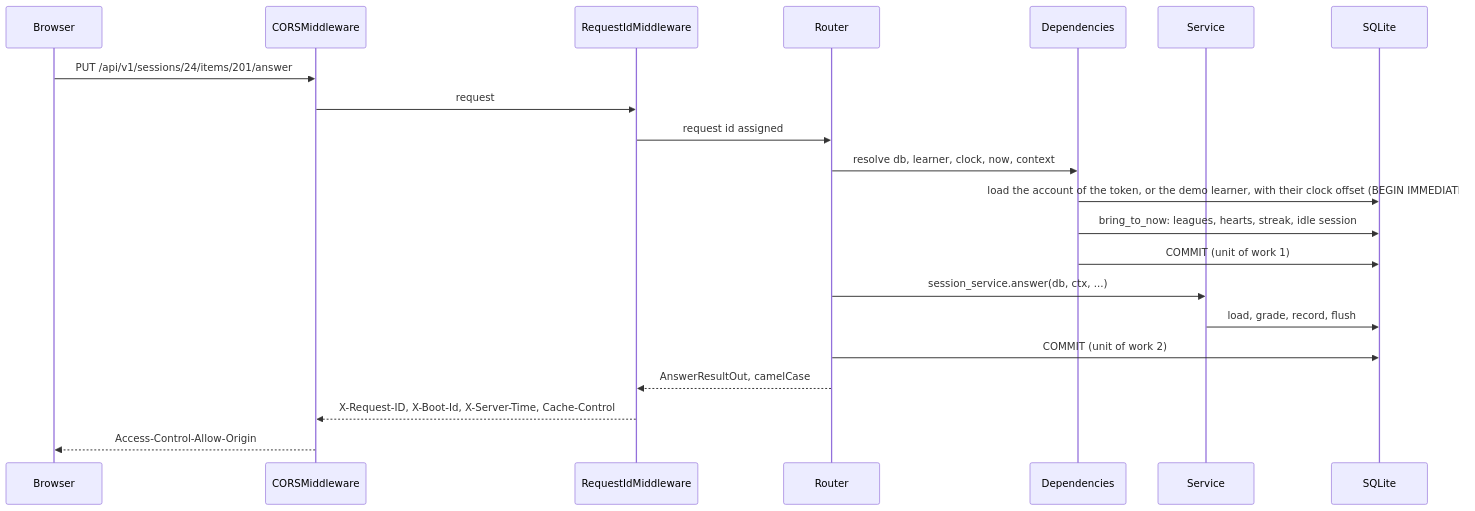
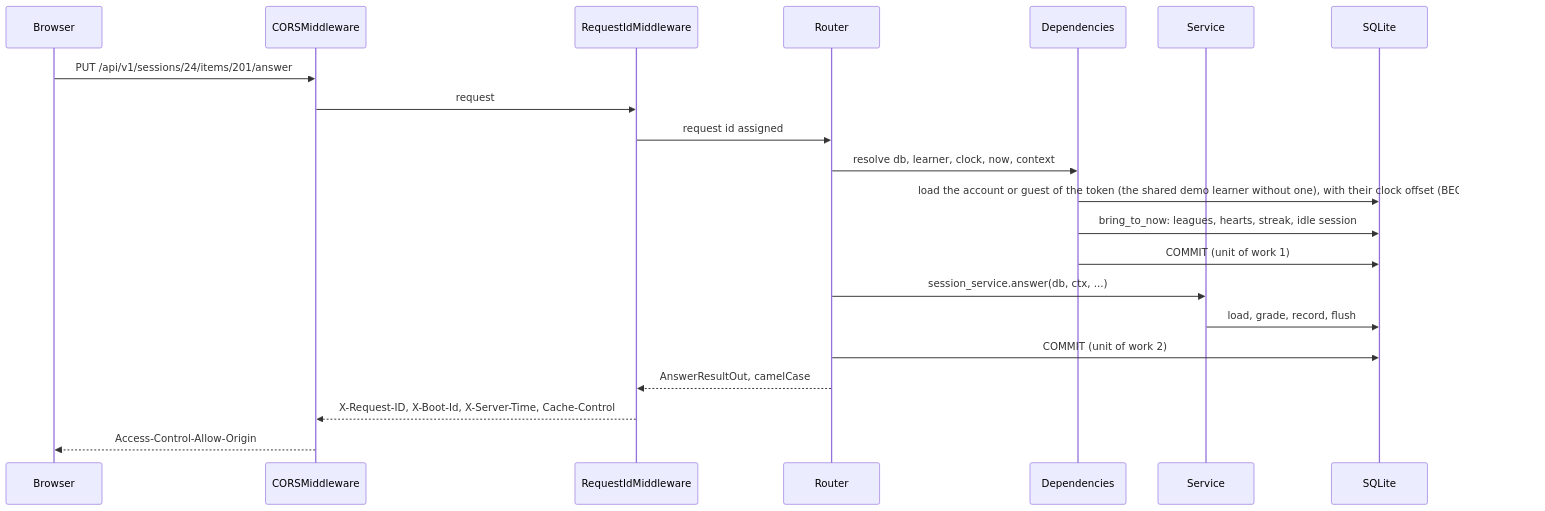
Before and after one commit to PulkitGarg31/Duolingo-Clone: the first of 2 diagrams in docs/DESIGN.md, drawn with Mermaid. The commit also changed other lines of this file and 1 other file, not shown here.

Commit message:
docs: describe private demos, POST /auth/demo and the lock-free health check

````diff
--- a/docs/DESIGN.md
+++ b/docs/DESIGN.md
@@ -196,23 +197,23 @@
 ```mermaid
 sequenceDiagram
   participant B as Browser
   participant C as CORSMiddleware
   participant M as RequestIdMiddleware
   participant R as Router
   participant D as Dependencies
   participant S as Service
   participant DB as SQLite
   B->>C: PUT /api/v1/sessions/24/items/201/answer
   C->>M: request
   M->>R: request id assigned
   R->>D: resolve db, learner, clock, now, context
-  D->>DB: load the account of the token, or the demo learner, with their clock offset (BEGIN IMMEDIATE)
+  D->>DB: load the account or guest of the token (the shared demo learner without one), with their clock offset (BEGIN IMMEDIATE)
   D->>DB: bring_to_now: leagues, hearts, streak, idle session
   D->>DB: COMMIT (unit of work 1)
   R->>S: session_service.answer(db, ctx, ...)
   S->>DB: load, grade, record, flush
   R->>DB: COMMIT (unit of work 2)
   R-->>M: AnswerResultOut, camelCase
   M-->>C: X-Request-ID, X-Boot-Id, X-Server-Time, Cache-Control
   C-->>B: Access-Control-Allow-Origin
 ```
````
